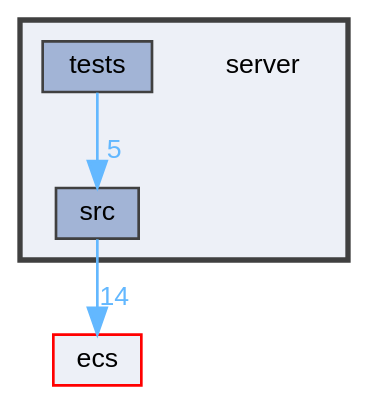
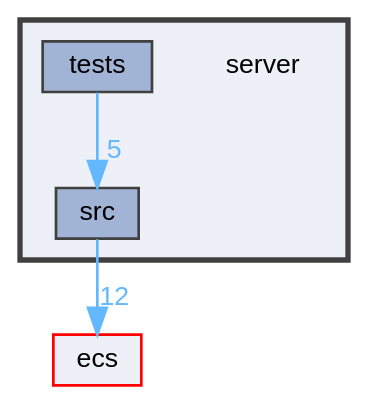
The diagram in dir_41e1742e44e2de38b3bc91f993fed282_dep.dot (Houpsi/R-Type), drawn with Graphviz before and after one commit. The commit also changed 185 other files, not shown here.

```diff
--- a/dir_41e1742e44e2de38b3bc91f993fed282_dep.dot
+++ b/dir_41e1742e44e2de38b3bc91f993fed282_dep.dot
@@ -1,17 +1,17 @@
 digraph "server"
 {
  // LATEX_PDF_SIZE
   bgcolor="transparent";
   edge [fontname=Helvetica,fontsize=10,labelfontname=Helvetica,labelfontsize=10];
   node [fontname=Helvetica,fontsize=10,shape=box,height=0.2,width=0.4];
   compound=true
   subgraph clusterdir_41e1742e44e2de38b3bc91f993fed282 {
     graph [ bgcolor="#edf0f7", pencolor="grey25", label="", fontname=Helvetica,fontsize=10 style="filled,bold", URL="dir_41e1742e44e2de38b3bc91f993fed282.html",tooltip=""]
     dir_41e1742e44e2de38b3bc91f993fed282 [shape=plaintext, label="server"];
   dir_a063914ab482288b7b0e1b2fca86158c [label="src", fillcolor="#a2b4d6", color="grey25", style="filled", URL="dir_a063914ab482288b7b0e1b2fca86158c.html",tooltip=""];
   dir_fe4d34db5c9ea517d0ce62f66f339b65 [label="tests", fillcolor="#a2b4d6", color="grey25", style="filled", URL="dir_fe4d34db5c9ea517d0ce62f66f339b65.html",tooltip=""];
   }
   dir_eafb92770fbc727220bdaa0b1292f771 [label="ecs", fillcolor="#edf0f7", color="red", style="filled", URL="dir_eafb92770fbc727220bdaa0b1292f771.html",tooltip=""];
-  dir_a063914ab482288b7b0e1b2fca86158c->dir_eafb92770fbc727220bdaa0b1292f771 [headlabel="14", labeldistance=1.5 headhref="dir_000009_000001.html" href="dir_000009_000001.html" color="steelblue1" fontcolor="steelblue1"];
+  dir_a063914ab482288b7b0e1b2fca86158c->dir_eafb92770fbc727220bdaa0b1292f771 [headlabel="12", labeldistance=1.5 headhref="dir_000009_000001.html" href="dir_000009_000001.html" color="steelblue1" fontcolor="steelblue1"];
   dir_fe4d34db5c9ea517d0ce62f66f339b65->dir_a063914ab482288b7b0e1b2fca86158c [headlabel="5", labeldistance=1.5 headhref="dir_000012_000009.html" href="dir_000012_000009.html" color="steelblue1" fontcolor="steelblue1"];
 }
```
